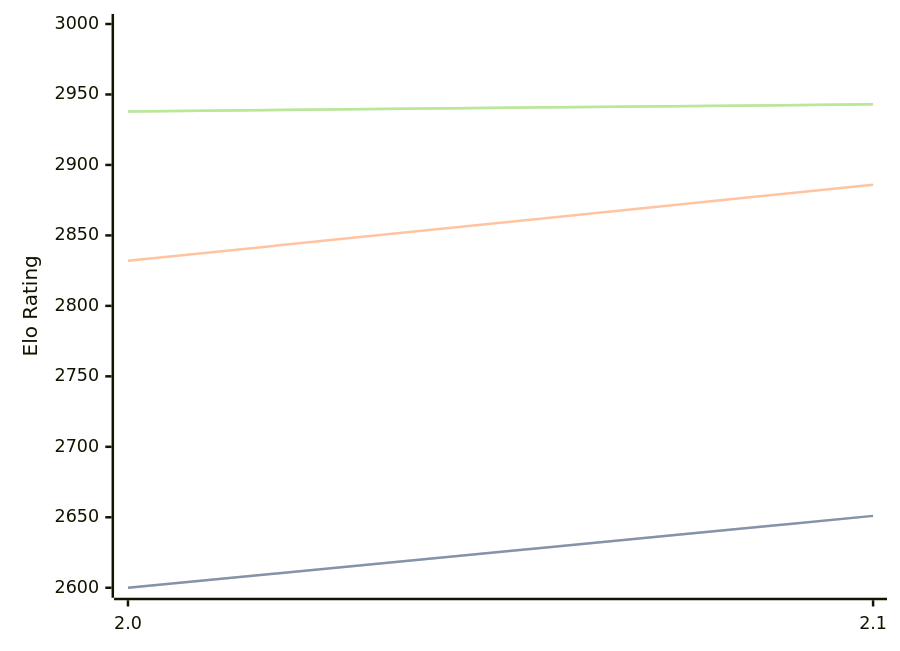
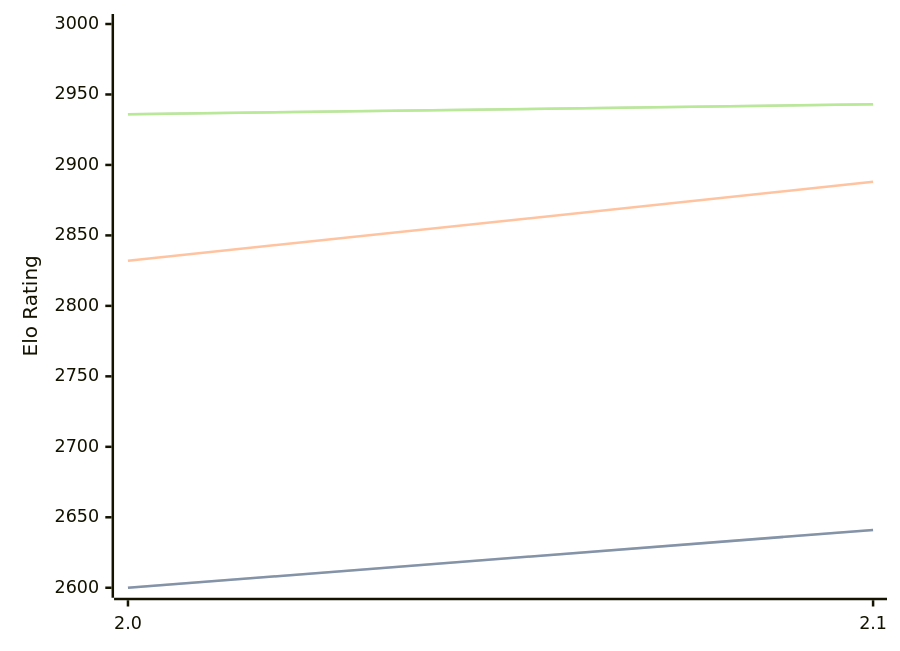
Before and after one commit to computer-chess-index/cci: the diagram in engines/Noggin.md, drawn with Mermaid. The commit also changed other lines of this file, not shown here.

Commit message:
Update CCI Ratings (ELO VLTC) - 2026-09-15

````diff
--- a/engines/Noggin.md
+++ b/engines/Noggin.md
@@ -33,11 +33,11 @@
 ```mermaid
 %%{init: {"theme":"base","themeVariables":{"seriesColors:['#a3a3a3','#222221','#faa371']}}}%%
 xychart-beta
   x-axis ["2.0", "2.1"]
   y-axis "Elo Rating" 2600 --> 3000
-  line "" [2600, 2651]
-  line "STC (8.0+0.08s)" [2600, 2651]
-  line "LTC (60.0+0.60s)" [2832, 2886]
-  line "" [2938, 2943]
-  line "VLTC (2m24s+1.12s)" [2938, 2943]
+  line "" [2600, 2641]
+  line "STC (8.0+0.08s)" [2600, 2641]
+  line "LTC (60.0+0.60s)" [2832, 2888]
+  line "" [2936, 2943]
+  line "VLTC (2m24s+1.12s)" [2936, 2943]
 ```
````
